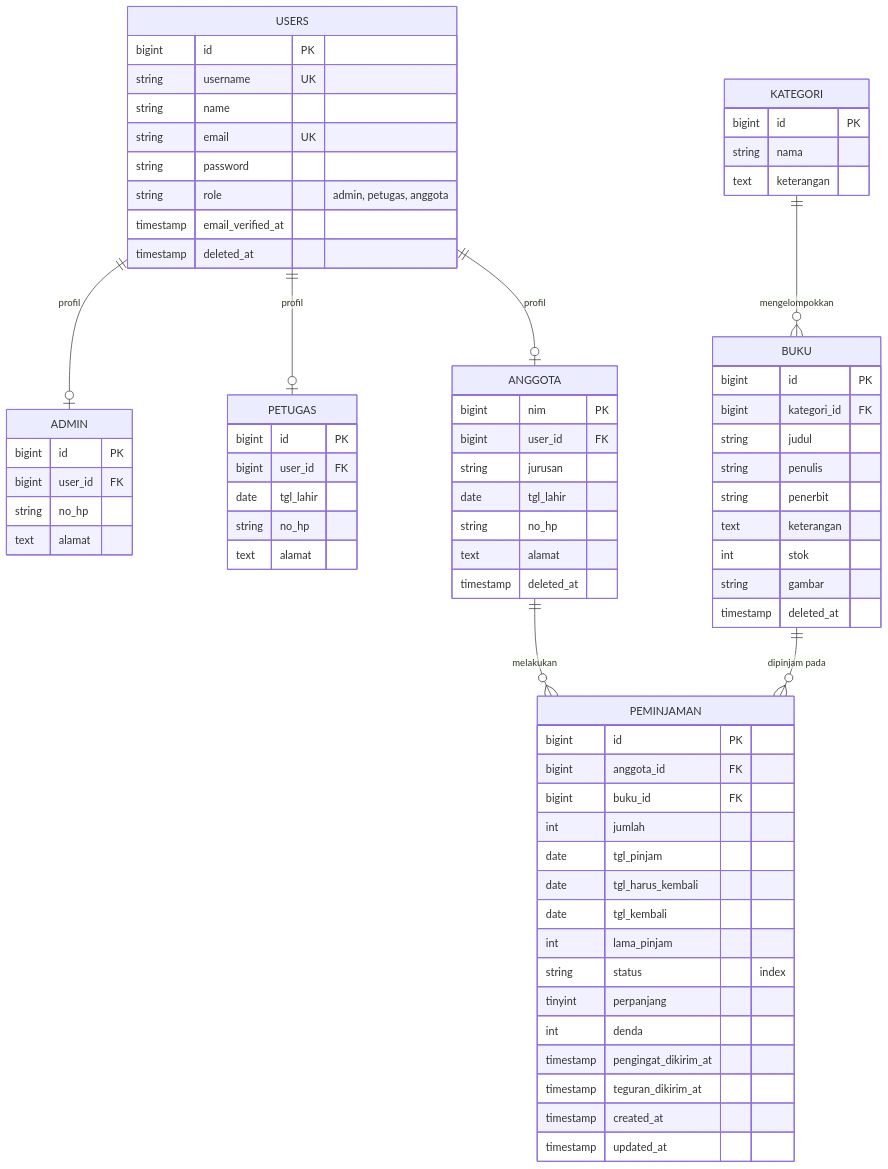
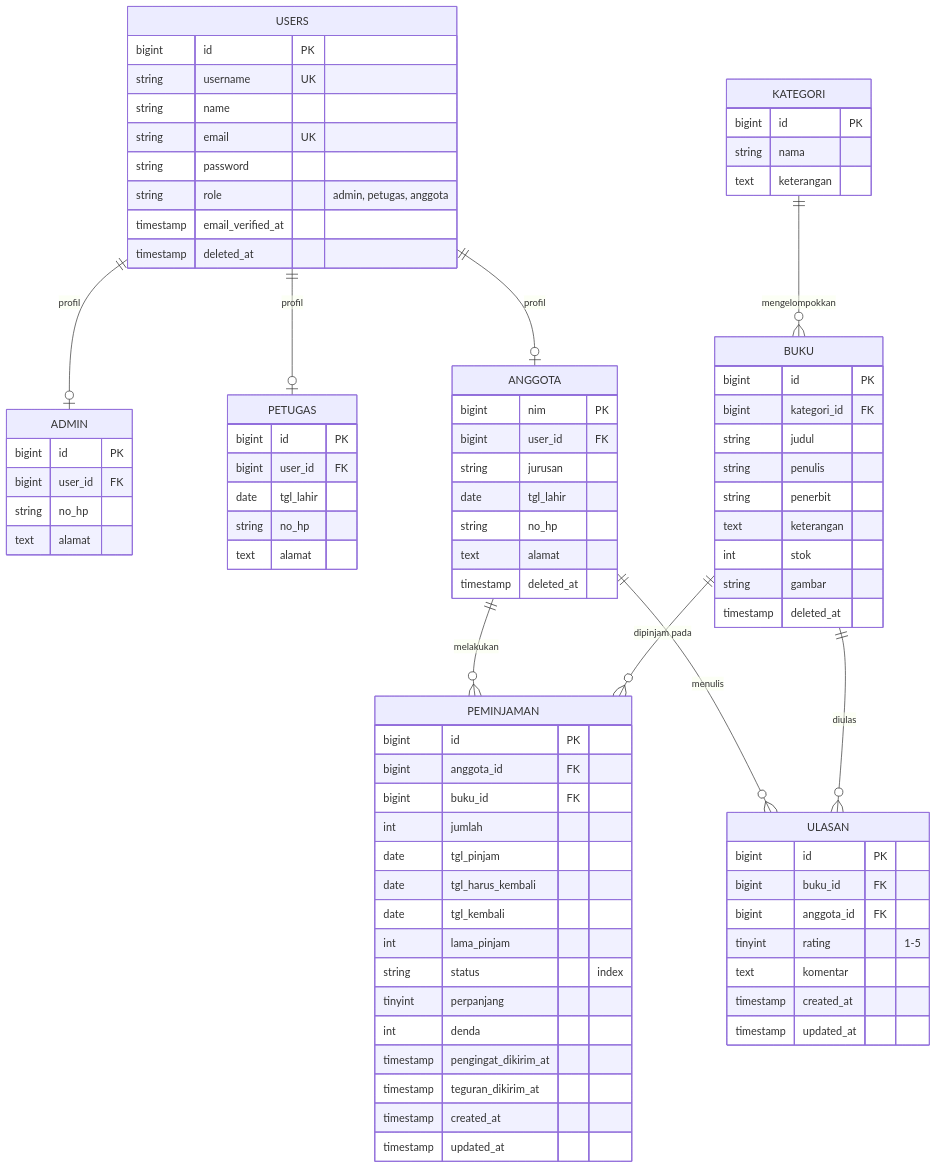
Before and after one commit to Almasyriqi/Laravel_Web_Perpustakaan: the first of 2 diagrams in README.md, drawn with Mermaid. The commit also changed other lines of this file and 25 other files, not shown here.

First line of the commit message:
feat: rating & ulasan buku + booking buku yang stoknya habis

````diff
--- a/README.md
+++ b/README.md
@@ -151,6 +154,8 @@
     KATEGORI ||--o{ BUKU : "mengelompokkan"
     ANGGOTA ||--o{ PEMINJAMAN : "melakukan"
     BUKU ||--o{ PEMINJAMAN : "dipinjam pada"
+    ANGGOTA ||--o{ ULASAN : "menulis"
+    BUKU ||--o{ ULASAN : "diulas"
 
     USERS {
         bigint id PK
@@ -217,4 +222,13 @@
         timestamp created_at
         timestamp updated_at
     }
+    ULASAN {
+        bigint id PK
+        bigint buku_id FK
+        bigint anggota_id FK
+        tinyint rating "1-5"
+        text komentar
+        timestamp created_at
+        timestamp updated_at
+    }
 ```
````
